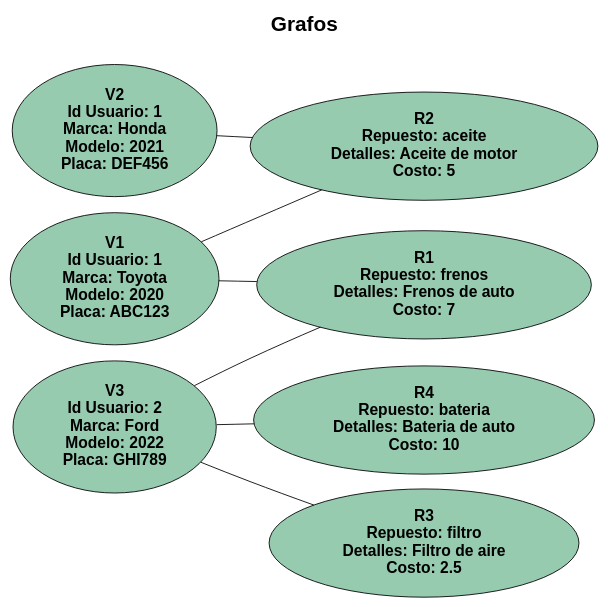
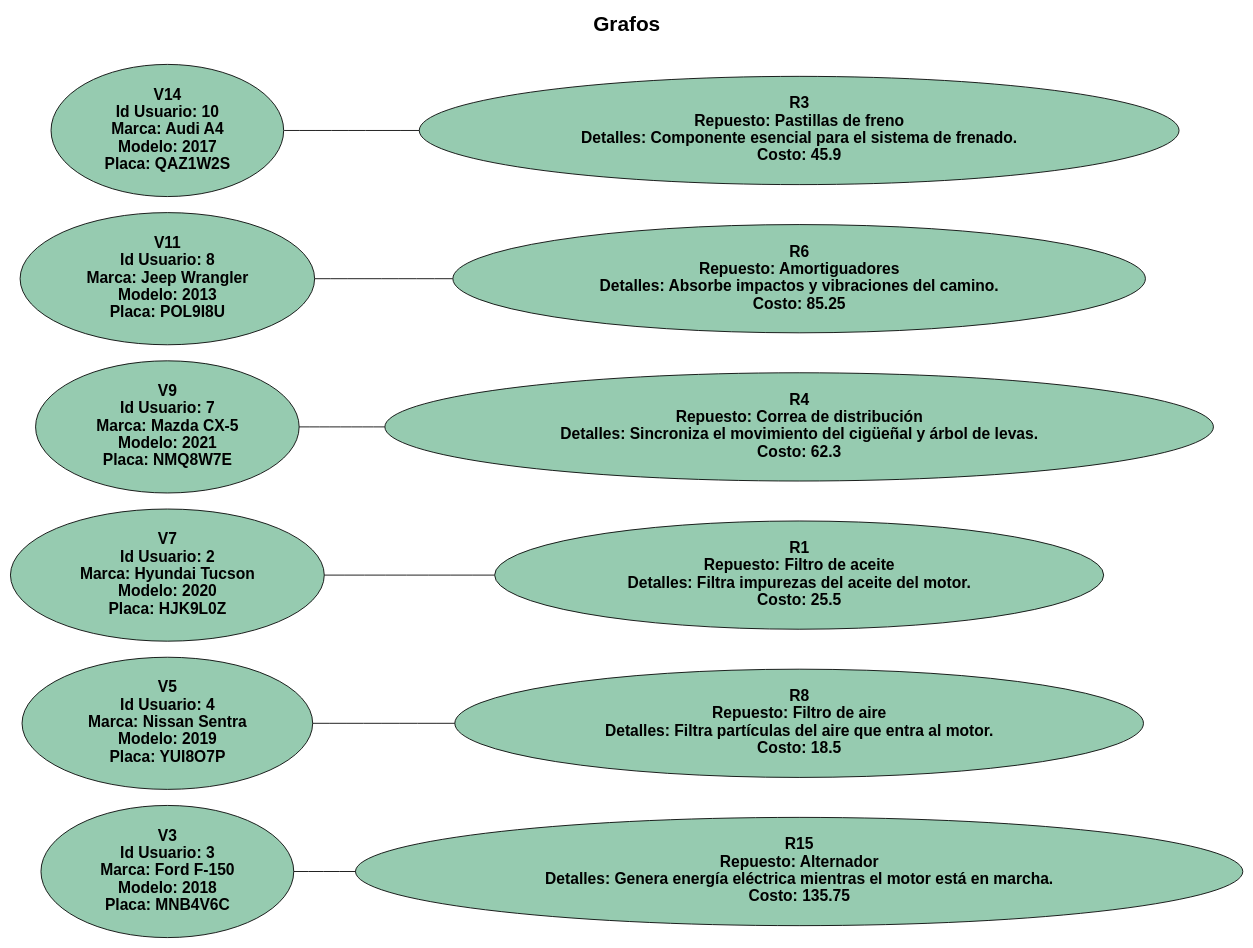
One commit to Saloj17/-EDD-1S2025_201900081 changed the diagram in Fase3/Reportes/grafo.dot. Above: the diagram before and after it, drawn with Graphviz. The commit also changed 29 other files, not shown here.

```diff
--- a/Fase3/Reportes/grafo.dot
+++ b/Fase3/Reportes/grafo.dot
@@ -1,61 +1,70 @@
 graph G {
 rankdir ="LR";
 label = "Grafos
 
 ";
 
 labelloc = "t";
 fontsize = 24;
 fontname = "Helvetica-Bold";
-V1[label="V1 
- Id Usuario: 1
- Marca: Toyota
+V3[label="V3 
+ Id Usuario: 3
+ Marca: Ford F-150
+ Modelo: 2018 
+ Placa: MNB4V6C"  style="filled" fillcolor="#96cbb0" fontname="Helvetica-Bold" fontsize = 18];
+R15 [label="R15 
+ Repuesto: Alternador 
+ Detalles: Genera energía eléctrica mientras el motor está en marcha. 
+ Costo: 135.75"   style="filled" fillcolor="#96cbb0" fontname="Helvetica-Bold" fontsize = 18];
+V3 -- R15 [dir=normal];
+V5[label="V5 
+ Id Usuario: 4
+ Marca: Nissan Sentra
+ Modelo: 2019 
+ Placa: YUI8O7P"  style="filled" fillcolor="#96cbb0" fontname="Helvetica-Bold" fontsize = 18];
+R8 [label="R8 
+ Repuesto: Filtro de aire 
+ Detalles: Filtra partículas del aire que entra al motor. 
+ Costo: 18.5"   style="filled" fillcolor="#96cbb0" fontname="Helvetica-Bold" fontsize = 18];
+V5 -- R8 [dir=normal];
+V7[label="V7 
+ Id Usuario: 2
+ Marca: Hyundai Tucson
  Modelo: 2020 
- Placa: ABC123"  style="filled" fillcolor="#96cbb0" fontname="Helvetica-Bold" fontsize = 18];
-R2 [label="R2 
- Repuesto: aceite 
- Detalles: Aceite de motor 
- Costo: 5"   style="filled" fillcolor="#96cbb0" fontname="Helvetica-Bold" fontsize = 18];
-V1 -- R2 [dir=normal];
-V1 -- R1 [dir=normal];
-V2[label="V2 
- Id Usuario: 1
- Marca: Honda
+ Placa: HJK9L0Z"  style="filled" fillcolor="#96cbb0" fontname="Helvetica-Bold" fontsize = 18];
+R1 [label="R1 
+ Repuesto: Filtro de aceite 
+ Detalles: Filtra impurezas del aceite del motor. 
+ Costo: 25.5"   style="filled" fillcolor="#96cbb0" fontname="Helvetica-Bold" fontsize = 18];
+V7 -- R1 [dir=normal];
+V9[label="V9 
+ Id Usuario: 7
+ Marca: Mazda CX-5
  Modelo: 2021 
- Placa: DEF456"  style="filled" fillcolor="#96cbb0" fontname="Helvetica-Bold" fontsize = 18];
-R2 [label="R2 
- Repuesto: aceite 
- Detalles: Aceite de motor 
- Costo: 5"   style="filled" fillcolor="#96cbb0" fontname="Helvetica-Bold" fontsize = 18];
-V2 -- R2 [dir=normal];
-V3[label="V3 
- Id Usuario: 2
- Marca: Ford
- Modelo: 2022 
- Placa: GHI789"  style="filled" fillcolor="#96cbb0" fontname="Helvetica-Bold" fontsize = 18];
+ Placa: NMQ8W7E"  style="filled" fillcolor="#96cbb0" fontname="Helvetica-Bold" fontsize = 18];
 R4 [label="R4 
- Repuesto: bateria 
- Detalles: Bateria de auto 
- Costo: 10"   style="filled" fillcolor="#96cbb0" fontname="Helvetica-Bold" fontsize = 18];
-V3 -- R4 [dir=normal];
-V3[label="V3 
- Id Usuario: 2
- Marca: Ford
- Modelo: 2022 
- Placa: GHI789"  style="filled" fillcolor="#96cbb0" fontname="Helvetica-Bold" fontsize = 18];
+ Repuesto: Correa de distribución 
+ Detalles: Sincroniza el movimiento del cigüeñal y árbol de levas. 
+ Costo: 62.3"   style="filled" fillcolor="#96cbb0" fontname="Helvetica-Bold" fontsize = 18];
+V9 -- R4 [dir=normal];
+V11[label="V11 
+ Id Usuario: 8
+ Marca: Jeep Wrangler
+ Modelo: 2013 
+ Placa: POL9I8U"  style="filled" fillcolor="#96cbb0" fontname="Helvetica-Bold" fontsize = 18];
+R6 [label="R6 
+ Repuesto: Amortiguadores 
+ Detalles: Absorbe impactos y vibraciones del camino. 
+ Costo: 85.25"   style="filled" fillcolor="#96cbb0" fontname="Helvetica-Bold" fontsize = 18];
+V11 -- R6 [dir=normal];
+V14[label="V14 
+ Id Usuario: 10
+ Marca: Audi A4
+ Modelo: 2017 
+ Placa: QAZ1W2S"  style="filled" fillcolor="#96cbb0" fontname="Helvetica-Bold" fontsize = 18];
 R3 [label="R3 
- Repuesto: filtro 
- Detalles: Filtro de aire 
- Costo: 2.5"   style="filled" fillcolor="#96cbb0" fontname="Helvetica-Bold" fontsize = 18];
-V3 -- R3 [dir=normal];
-V3[label="V3 
- Id Usuario: 2
- Marca: Ford
- Modelo: 2022 
- Placa: GHI789"  style="filled" fillcolor="#96cbb0" fontname="Helvetica-Bold" fontsize = 18];
-R1 [label="R1 
- Repuesto: frenos 
- Detalles: Frenos de auto 
- Costo: 7"   style="filled" fillcolor="#96cbb0" fontname="Helvetica-Bold" fontsize = 18];
-V3 -- R1 [dir=normal];
+ Repuesto: Pastillas de freno 
+ Detalles: Componente esencial para el sistema de frenado. 
+ Costo: 45.9"   style="filled" fillcolor="#96cbb0" fontname="Helvetica-Bold" fontsize = 18];
+V14 -- R3 [dir=normal];
 }
```
